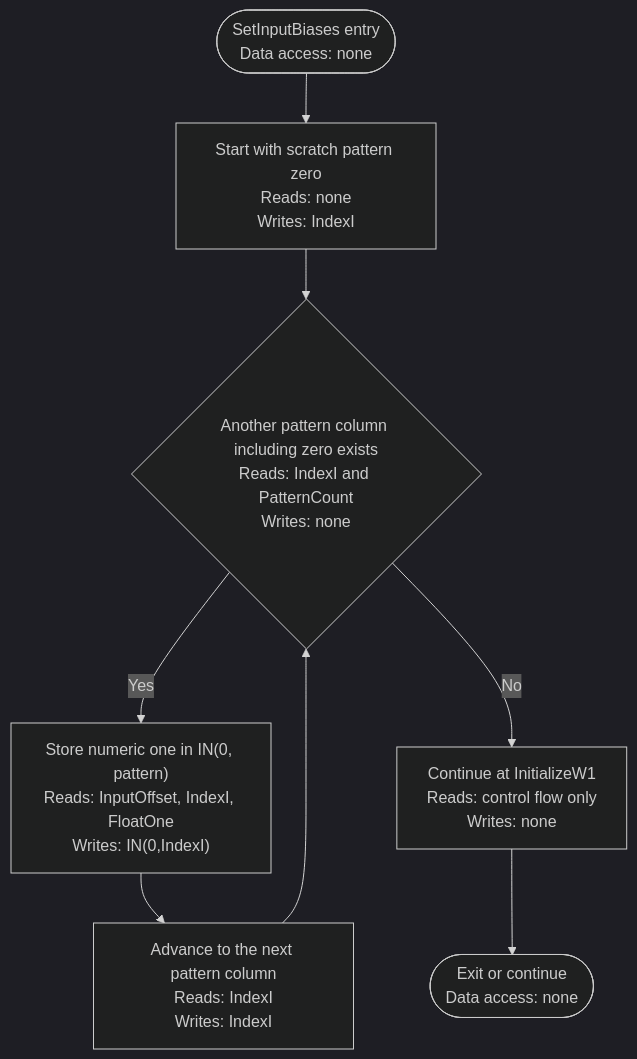
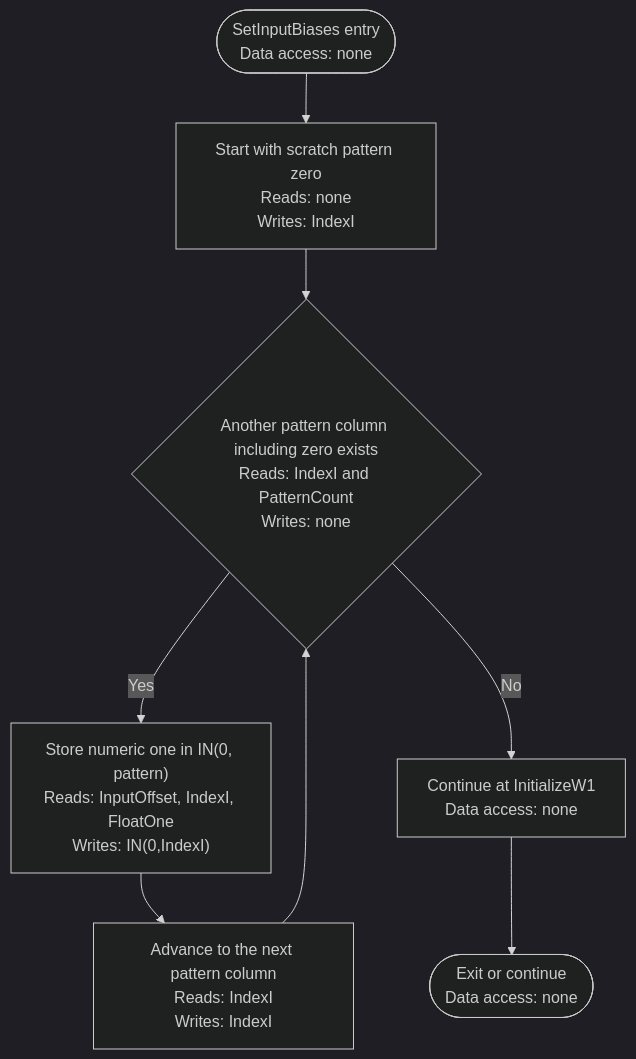
Before and after one commit to sharpninja/NeuralNetworks: diagram 13 of 51 in docs/Diagrams/BP-ML-Activity-Diagrams.md, drawn with Mermaid (dark theme). The commit also changed other lines of this file and 10 other files, not shown here.

````diff
--- a/docs/Diagrams/BP-ML-Activity-Diagrams.md
+++ b/docs/Diagrams/BP-ML-Activity-Diagrams.md
@@ -339,10 +380,10 @@
 ```mermaid
 flowchart TD
     A(["SetInputBiases entry<br/>Data access: none"]) --> B["Start with scratch pattern zero<br/>Reads: none<br/>Writes: IndexI"]
     B --> C{"Another pattern column including zero exists<br/>Reads: IndexI and PatternCount<br/>Writes: none"}
     C -- Yes --> D["Store numeric one in IN(0, pattern)<br/>Reads: InputOffset, IndexI, FloatOne<br/>Writes: IN(0,IndexI)"]
     D --> E["Advance to the next pattern column<br/>Reads: IndexI<br/>Writes: IndexI"]
     E --> C
-    C -- No --> F["Continue at InitializeW1<br/>Reads: control flow only<br/>Writes: none"]
+    C -- No --> F["Continue at InitializeW1<br/>Data access: none"]
     F --> Z(["Exit or continue<br/>Data access: none"])
 ```
````
